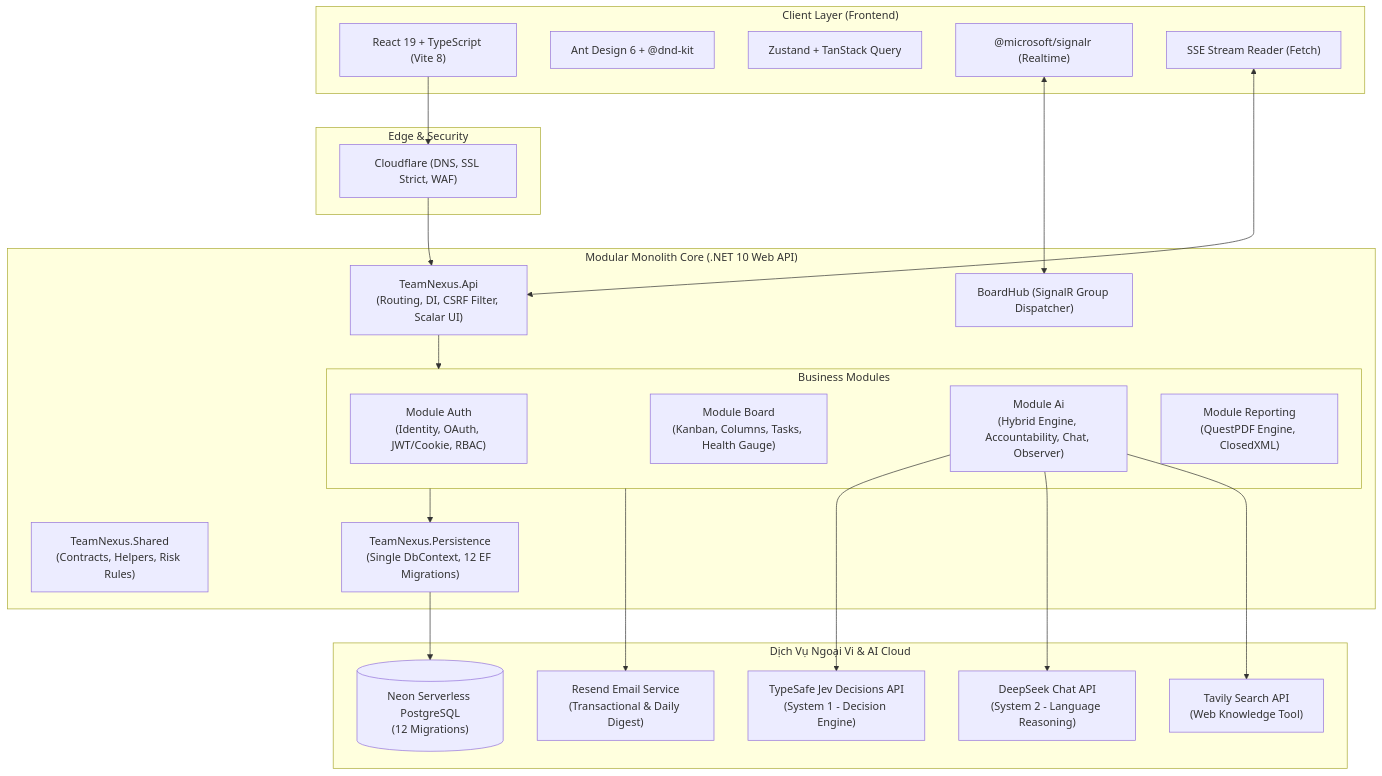
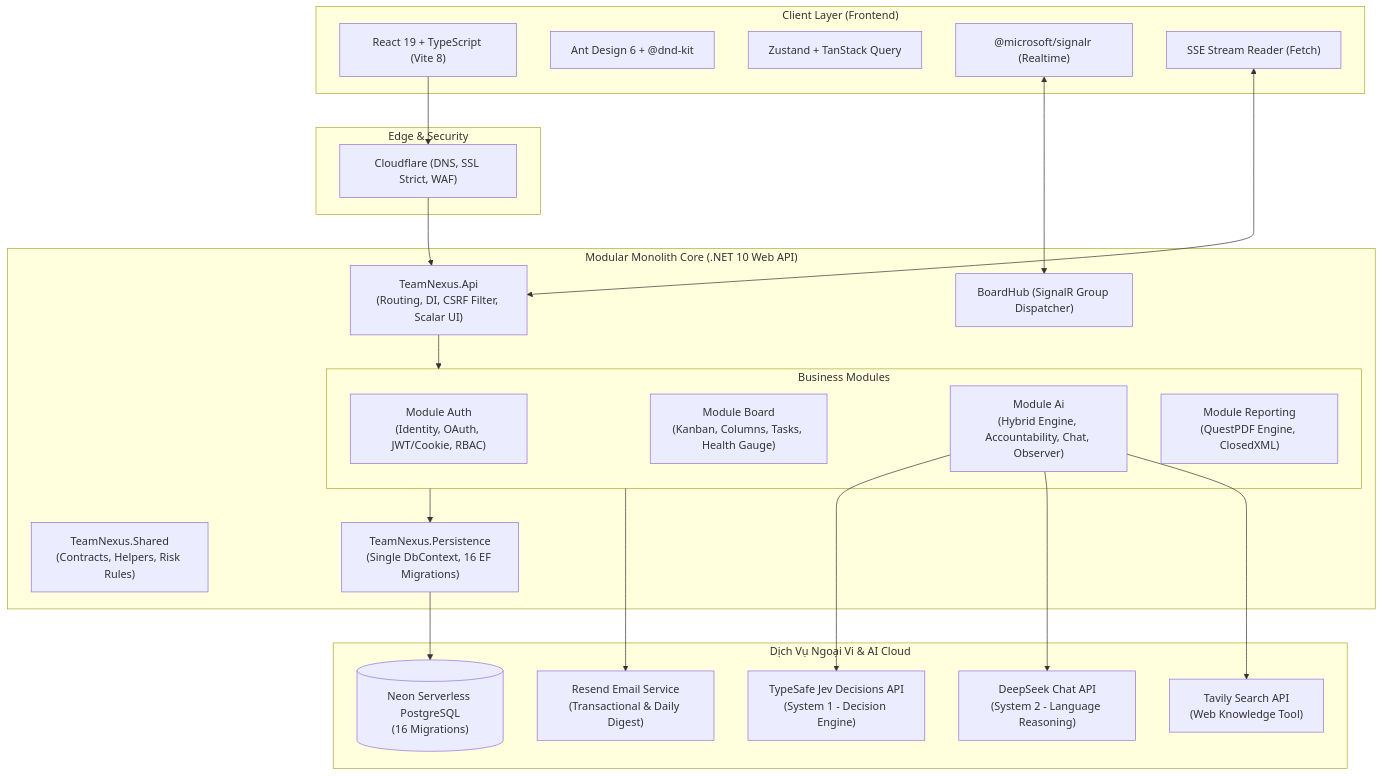
Before and after one commit to Thinh-TT/TeamNexus: the diagram in README.md, drawn with Mermaid. The commit also changed other lines of this file and 70 other files, not shown here.

````diff
--- a/README.md
+++ b/README.md
@@ -122,48 +122,48 @@
 ```mermaid
 flowchart TB
     subgraph ClientLayer ["Client Layer (Frontend)"]
         SPA["React 19 + TypeScript (Vite 8)"]
         UI["Ant Design 6 + @dnd-kit"]
         Store["Zustand + TanStack Query"]
         SignalRClient["@microsoft/signalr (Realtime)"]
         SSEClient["SSE Stream Reader (Fetch)"]
     end
 
     subgraph Gateway ["Edge & Security"]
         CF["Cloudflare (DNS, SSL Strict, WAF)"]
     end
 
     subgraph BackendApp ["Modular Monolith Core (.NET 10 Web API)"]
         API["TeamNexus.Api\n(Routing, DI, CSRF Filter, Scalar UI)"]
         Hub["BoardHub (SignalR Group Dispatcher)"]
 
         subgraph Modules ["Business Modules"]
             AuthMod["Module Auth\n(Identity, OAuth, JWT/Cookie, RBAC)"]
             BoardMod["Module Board\n(Kanban, Columns, Tasks, Health Gauge)"]
             AiMod["Module Ai\n(Hybrid Engine, Accountability, Chat, Observer)"]
             ReportMod["Module Reporting\n(QuestPDF Engine, ClosedXML)"]
         end
 
         Shared["TeamNexus.Shared\n(Contracts, Helpers, Risk Rules)"]
-        Persist["TeamNexus.Persistence\n(Single DbContext, 12 EF Migrations)"]
+        Persist["TeamNexus.Persistence\n(Single DbContext, 16 EF Migrations)"]
     end
 
     subgraph ExternalServices ["Dịch Vụ Ngoại Vi & AI Cloud"]
-        NeonDB[("Neon Serverless PostgreSQL\n(12 Migrations)")]
+        NeonDB[("Neon Serverless PostgreSQL\n(16 Migrations)")]
         JevAPI["TypeSafe Jev Decisions API\n(System 1 - Decision Engine)"]
         DeepSeekAPI["DeepSeek Chat API\n(System 2 - Language Reasoning)"]
         TavilyAPI["Tavily Search API\n(Web Knowledge Tool)"]
         ResendAPI["Resend Email Service\n(Transactional & Daily Digest)"]
     end
 
     SPA --> CF --> API
     SignalRClient <--> Hub
     SSEClient <--> API
 
     API --> Modules
     Modules --> Persist --> NeonDB
     AiMod --> JevAPI
     AiMod --> DeepSeekAPI
     AiMod --> TavilyAPI
     Modules --> ResendAPI
 ```
````
